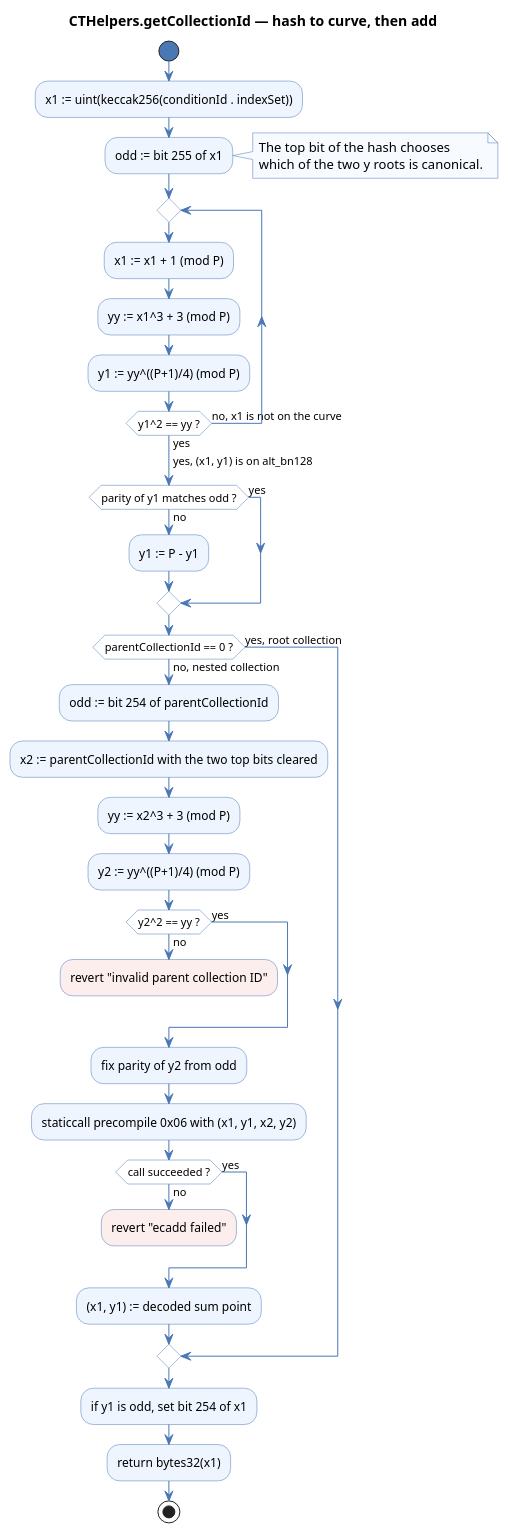
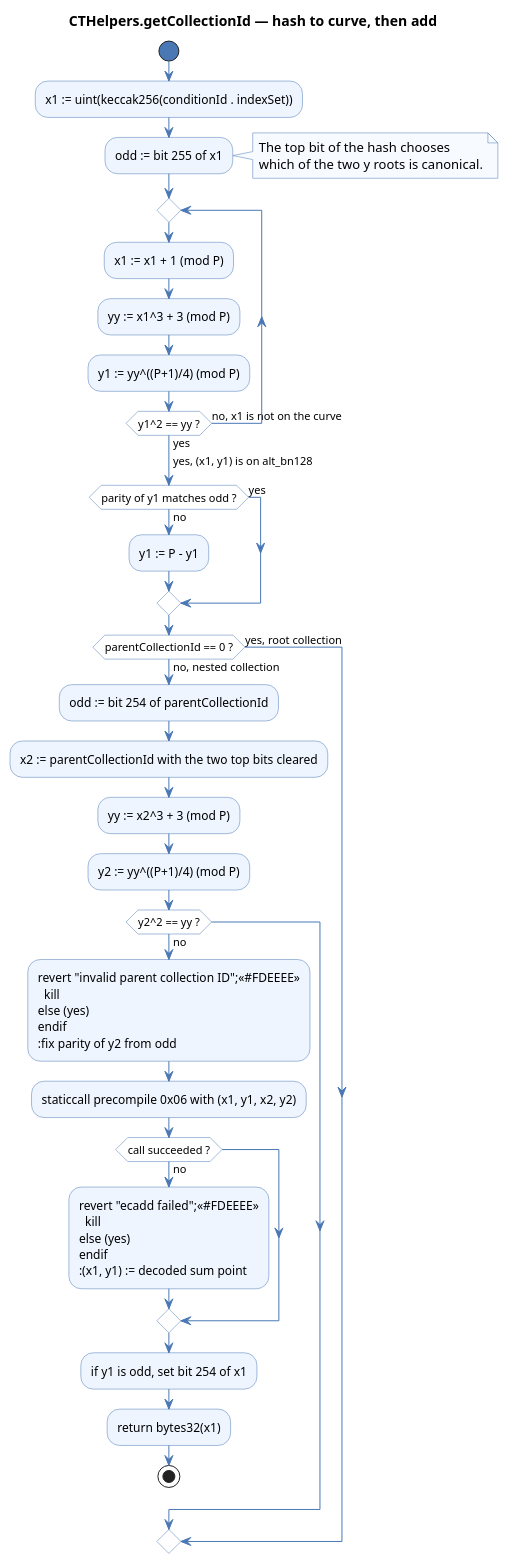
One commit to rya-sge/access-denied changed the diagram in assets/article/blockchain/defi/conditional-tokens/conditional-tokens-collection-id-workflow.puml. Above: the diagram before and after it, drawn with PlantUML. The commit also changed 23 other files, not shown here.

Commit message:
Fix plantuml + Add ZK proof systems study guide with 15 concepts and 15 formulas

```diff
--- a/assets/article/blockchain/defi/conditional-tokens/conditional-tokens-collection-id-workflow.puml
+++ b/assets/article/blockchain/defi/conditional-tokens/conditional-tokens-collection-id-workflow.puml
@@ -1,62 +1,62 @@
 @startuml
 title CTHelpers.getCollectionId — hash to curve, then add
 skinparam shadowing false
 skinparam ArrowColor #4A78B5
 skinparam activity {
   BackgroundColor #EEF5FF
   BorderColor #4A78B5
   DiamondBackgroundColor #FFFFFF
   DiamondBorderColor #4A78B5
   StartColor #4A78B5
   EndColor #4A78B5
 }
 skinparam note {
   BackgroundColor #F7FAFF
   BorderColor #4A78B5
 }
 
 start
 :x1 := uint(keccak256(conditionId . indexSet));
 :odd := bit 255 of x1;
 note right
   The top bit of the hash chooses
   which of the two y roots is canonical.
 end note
 
 repeat
   :x1 := x1 + 1 (mod P);
   :yy := x1^3 + 3 (mod P);
   :y1 := yy^((P+1)/4) (mod P);
 repeat while (y1^2 == yy ?) is (no, x1 is not on the curve) not (yes)
 ->yes, (x1, y1) is on alt_bn128;
 
 if (parity of y1 matches odd ?) then (no)
   :y1 := P - y1;
 else (yes)
 endif
 
 if (parentCollectionId == 0 ?) then (yes, root collection)
 else (no, nested collection)
   :odd := bit 254 of parentCollectionId;
   :x2 := parentCollectionId with the two top bits cleared;
   :yy := x2^3 + 3 (mod P);
   :y2 := yy^((P+1)/4) (mod P);
   if (y2^2 == yy ?) then (no)
-    #FDEEEE:revert "invalid parent collection ID";
+    :revert "invalid parent collection ID";<<#FDEEEE>>
     kill
   else (yes)
   endif
   :fix parity of y2 from odd;
   :staticcall precompile 0x06 with (x1, y1, x2, y2);
   if (call succeeded ?) then (no)
-    #FDEEEE:revert "ecadd failed";
+    :revert "ecadd failed";<<#FDEEEE>>
     kill
   else (yes)
   endif
   :(x1, y1) := decoded sum point;
 endif
 
 :if y1 is odd, set bit 254 of x1;
 :return bytes32(x1);
 stop
 @enduml
```
